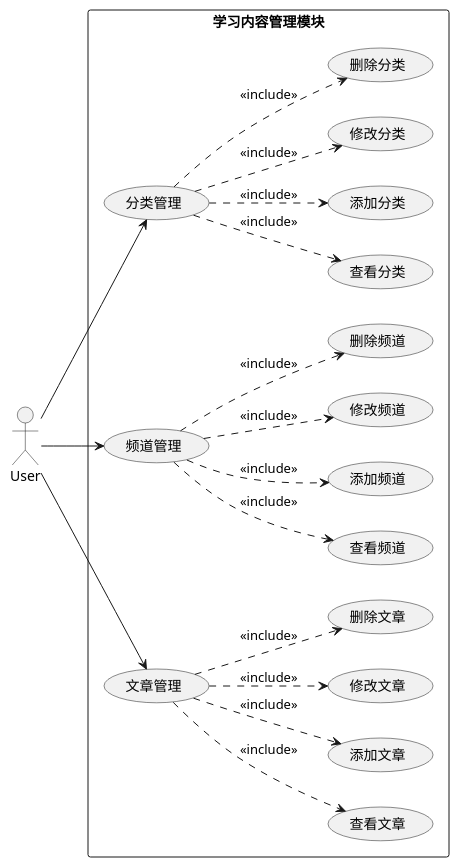
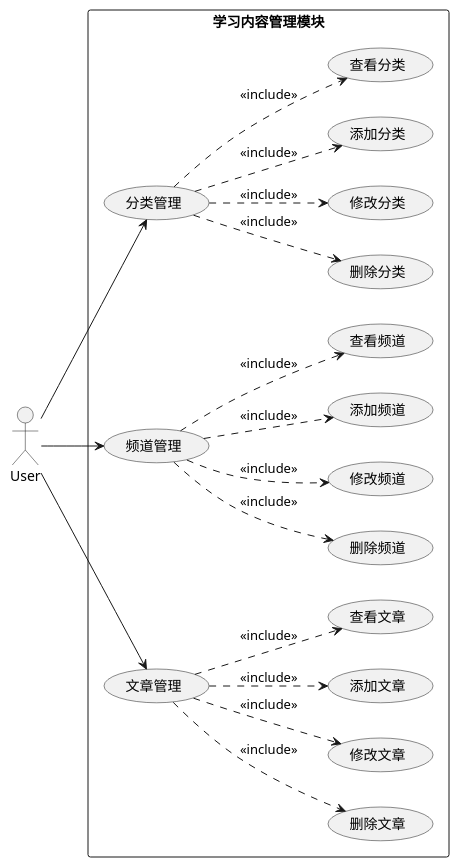
Before and after one commit to zhaoxiao698/ZhiYing-server: the diagram in src/main/java/com/zhaoxiao/uml/admin/adminStudy.puml, drawn with PlantUML. The commit also changed other lines of this file and 16 other files, not shown here.

```diff
--- a/src/main/java/com/zhaoxiao/uml/admin/adminStudy.puml
+++ b/src/main/java/com/zhaoxiao/uml/admin/adminStudy.puml
@@ -1,22 +1,22 @@
 @startuml
 left to right direction
 skinparam packageStyle rectangle
 actor User
 rectangle 学习内容管理模块 {
   User --> (分类管理)
+  (分类管理) ..> (删除分类) : <<include>>
+  (分类管理) ..> (修改分类) : <<include>>
+  (分类管理) ..> (添加分类) : <<include>>
   (分类管理) ..> (查看分类) : <<include>>
-  (分类管理) ..> (添加分类) : <<include>>
-  (分类管理) ..> (修改分类) : <<include>>
-  (分类管理) ..> (删除分类) : <<include>>
   User --> (频道管理)
+  (频道管理) ..> (删除频道) : <<include>>
+  (频道管理) ..> (修改频道) : <<include>>
+  (频道管理) ..> (添加频道) : <<include>>
   (频道管理) ..> (查看频道) : <<include>>
-  (频道管理) ..> (添加频道) : <<include>>
-  (频道管理) ..> (修改频道) : <<include>>
-  (频道管理) ..> (删除频道) : <<include>>
   User --> (文章管理)
+  (文章管理) ..> (删除文章) : <<include>>
+  (文章管理) ..> (修改文章) : <<include>>
+  (文章管理) ..> (添加文章) : <<include>>
   (文章管理) ..> (查看文章) : <<include>>
-  (文章管理) ..> (添加文章) : <<include>>
-  (文章管理) ..> (修改文章) : <<include>>
-  (文章管理) ..> (删除文章) : <<include>>
 }
 @enduml
```
